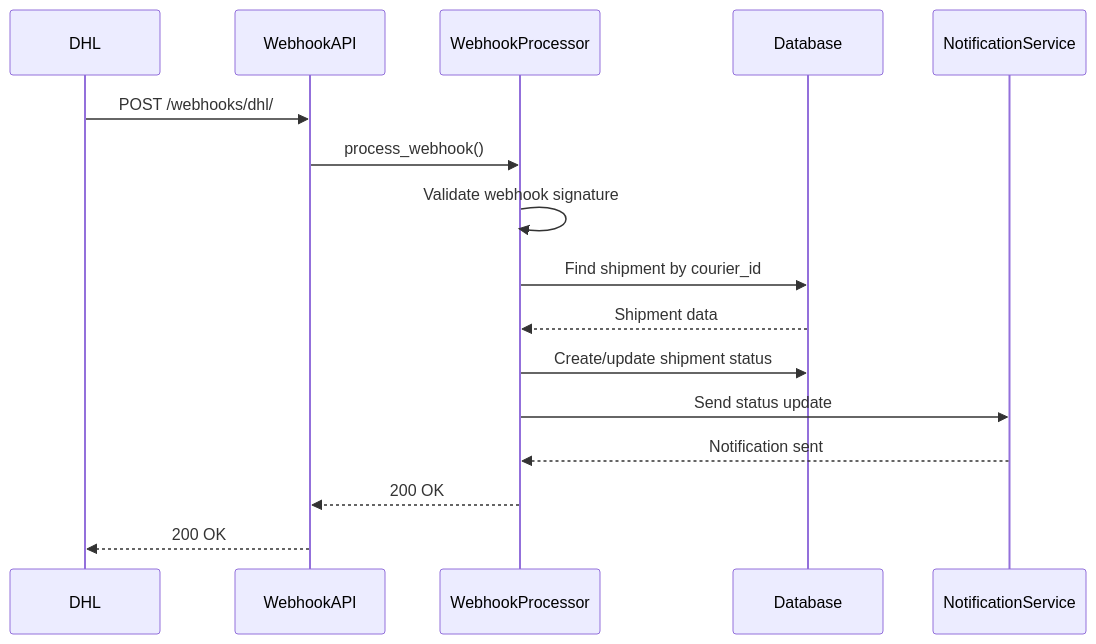
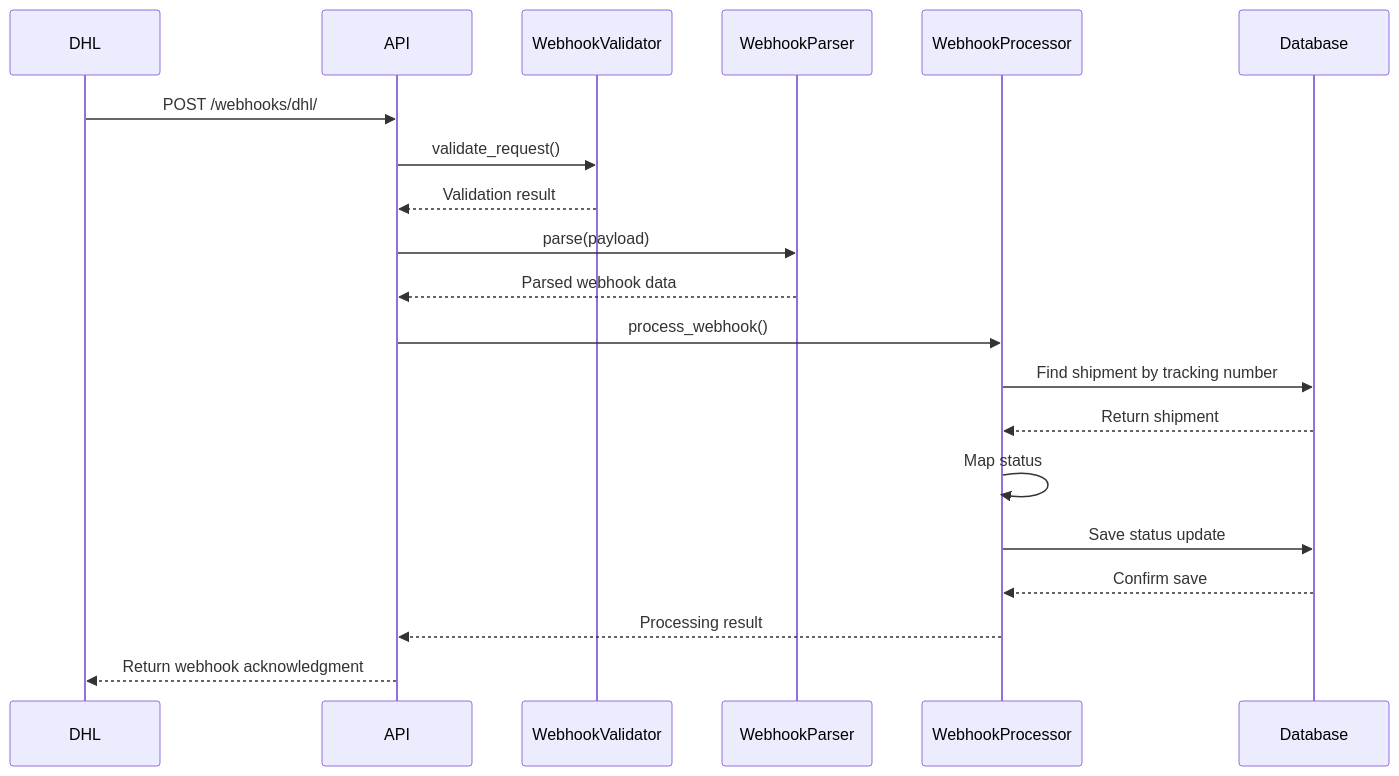
One commit to syed-zunnurain/couriers-unified changed the seventh of 8 diagrams in README.md. Above: the diagram before and after it, drawn with Mermaid. The commit also changed other lines of this file and 14 other files, not shown here.

````diff
--- a/README.md
+++ b/README.md
@@ -775,20 +448,23 @@
 ```mermaid
 sequenceDiagram
     participant DHL
-    participant WebhookAPI
+    participant API
+    participant WebhookValidator
+    participant WebhookParser
     participant WebhookProcessor
     participant Database
-    participant NotificationService
-
-    DHL->>WebhookAPI: POST /webhooks/dhl/
-    WebhookAPI->>WebhookProcessor: process_webhook()
-    WebhookProcessor->>WebhookProcessor: Validate webhook signature
-    WebhookProcessor->>Database: Find shipment by courier_id
-    Database-->>WebhookProcessor: Shipment data
     
-    WebhookProcessor->>Database: Create/update shipment status
-    WebhookProcessor->>NotificationService: Send status update
-    NotificationService-->>WebhookProcessor: Notification sent
-    WebhookProcessor-->>WebhookAPI: 200 OK
-    WebhookAPI-->>DHL: 200 OK
+    DHL->>API: POST /webhooks/dhl/
+    API->>WebhookValidator: validate_request()
+    WebhookValidator-->>API: Validation result
+    API->>WebhookParser: parse(payload)
+    WebhookParser-->>API: Parsed webhook data
+    API->>WebhookProcessor: process_webhook()
+    WebhookProcessor->>Database: Find shipment by tracking number
+    Database-->>WebhookProcessor: Return shipment
+    WebhookProcessor->>WebhookProcessor: Map status
+    WebhookProcessor->>Database: Save status update
+    Database-->>WebhookProcessor: Confirm save
+    WebhookProcessor-->>API: Processing result
+    API-->>DHL: Return webhook acknowledgment
 ```
````
